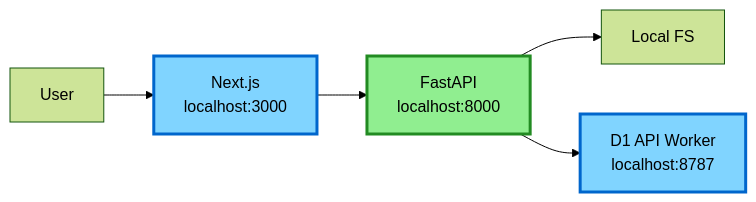
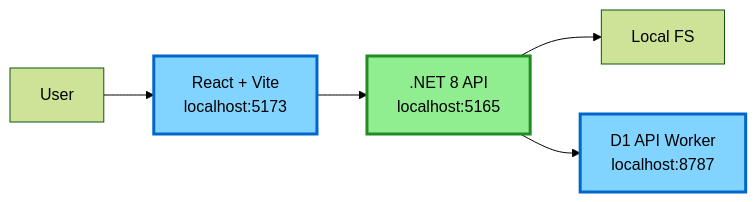
Before and after one commit to ucdavis/accessible-pdf-rocky: the second of 2 diagrams in docs/DEVELOPMENT.md, drawn with Mermaid (forest theme). The commit also changed other lines of this file and 121 other files, not shown here.

First line of the commit message:
refactor: migrate to .NET 8 backend and React/Vite frontend

````diff
--- a/docs/DEVELOPMENT.md
+++ b/docs/DEVELOPMENT.md
@@ -28,11 +28,11 @@
 ```mermaid
 flowchart LR
-    A[User] --> B[Next.js<br/>localhost:3000]
-    B --> C[FastAPI<br/>localhost:8000]
+    A[User] --> B[React + Vite<br/>localhost:5173]
+    B --> C[.NET 8 API<br/>localhost:5165]
     C --> D[Local FS]
     C --> E[D1 API Worker<br/>localhost:8787]
     
     style B fill:#80d4ff,stroke:#0066cc,stroke-width:3px,color:#000
     style C fill:#90ee90,stroke:#228b22,stroke-width:3px,color:#000
     style E fill:#80d4ff,stroke:#0066cc,stroke-width:3px,color:#000
 ```
````
